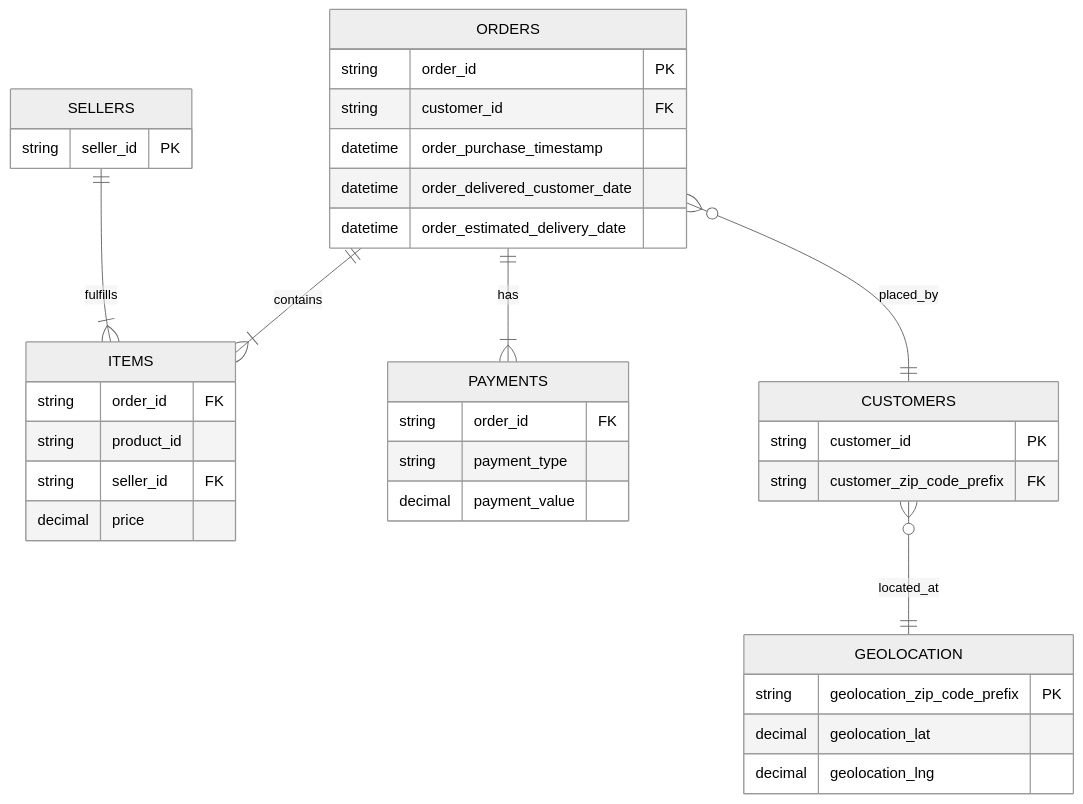
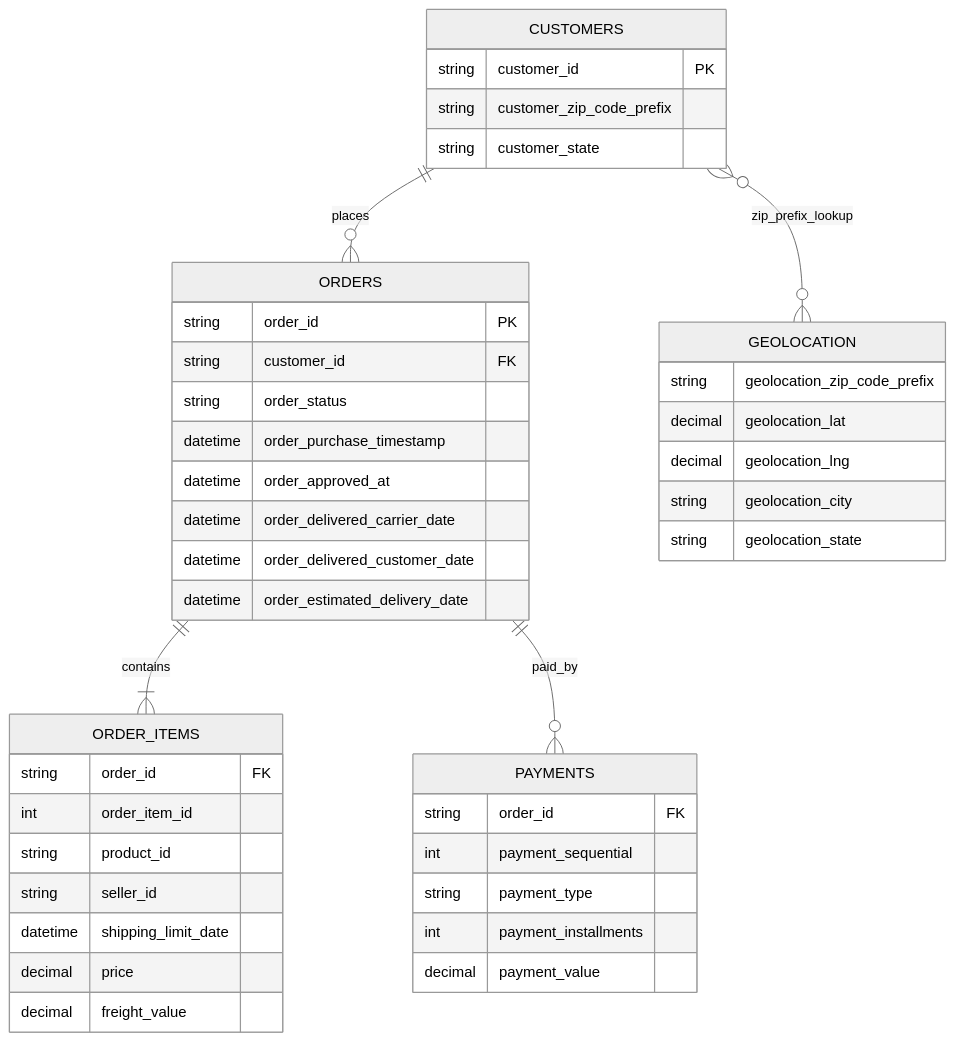
The second of 2 diagrams in README.md (MineshShaw/olist-fde-pipeline), drawn with Mermaid (neutral theme) before and after one commit. The commit also changed other lines of this file and 19 other files, not shown here.

````diff
--- a/README.md
+++ b/README.md
@@ -103,38 +146,46 @@
 ```mermaid
 erDiagram
-    ORDERS ||--|{ ITEMS : contains
-    ORDERS ||--|{ PAYMENTS : has
-    ORDERS }o--|| CUSTOMERS : placed_by
-    CUSTOMERS }o--|| GEOLOCATION : located_at
-    SELLERS ||--|{ ITEMS : fulfills
+    ORDERS ||--|{ ORDER_ITEMS : contains
+    ORDERS ||--o{ PAYMENTS : paid_by
+    CUSTOMERS ||--o{ ORDERS : places
+    CUSTOMERS }o--o{ GEOLOCATION : zip_prefix_lookup
+
     ORDERS {
         string order_id PK
         string customer_id FK
+        string order_status
         datetime order_purchase_timestamp
+        datetime order_approved_at
+        datetime order_delivered_carrier_date
         datetime order_delivered_customer_date
         datetime order_estimated_delivery_date
     }
-    ITEMS {
+    ORDER_ITEMS {
         string order_id FK
+        int order_item_id
         string product_id
-        string seller_id FK
+        string seller_id
+        datetime shipping_limit_date
         decimal price
+        decimal freight_value
     }
     PAYMENTS {
         string order_id FK
+        int payment_sequential
         string payment_type
+        int payment_installments
         decimal payment_value
     }
     CUSTOMERS {
         string customer_id PK
-        string customer_zip_code_prefix FK
+        string customer_zip_code_prefix
+        string customer_state
     }
     GEOLOCATION {
-        string geolocation_zip_code_prefix PK
+        string geolocation_zip_code_prefix
         decimal geolocation_lat
         decimal geolocation_lng
-    }
-    SELLERS {
-        string seller_id PK
+        string geolocation_city
+        string geolocation_state
     }
 ```
````
